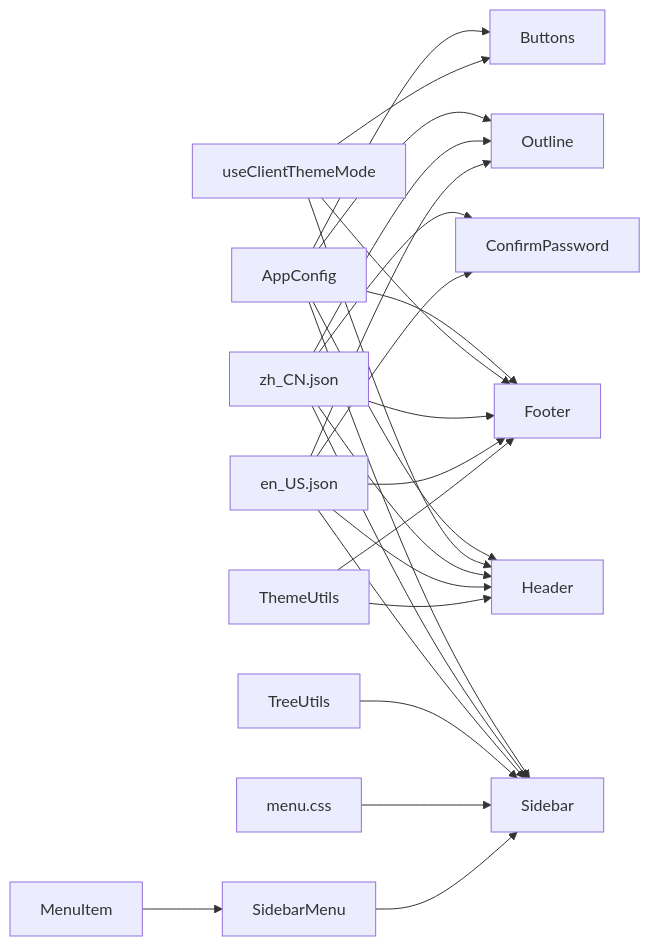
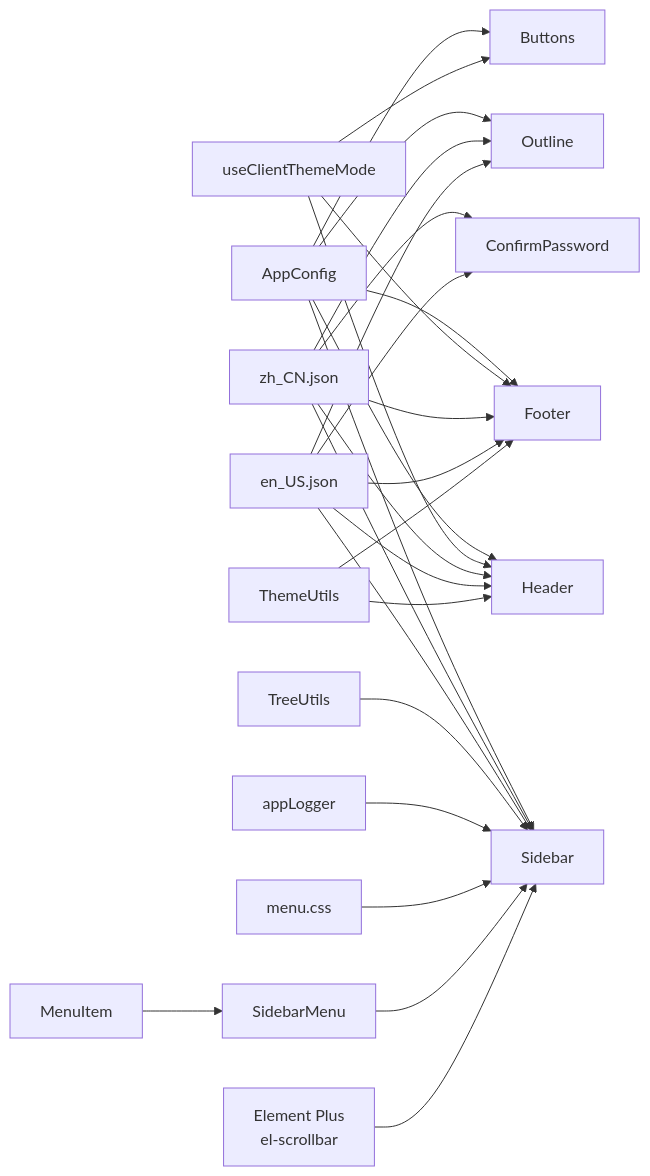
Before and after one commit to terwer/siyuan-plugin-blog: diagram 11 of 11 in .qoder/repowiki/zh/content/核心功能/UI 组件系统/UI 组件系统.md, drawn with Mermaid. The commit also changed other lines of this file and 2 other files, not shown here.

````diff
--- a/.qoder/repowiki/zh/content/核心功能/UI 组件系统/UI 组件系统.md
+++ b/.qoder/repowiki/zh/content/核心功能/UI 组件系统/UI 组件系统.md
@@ -510,27 +605,29 @@
 ```mermaid
 graph LR
 AC["AppConfig"] --> H["Header"]
 AC --> F["Footer"]
 AC --> S["Sidebar"]
 AC --> O["Outline"]
 AC --> B["Buttons"]
 TM["useClientThemeMode"] --> H
 TM --> F
 TM --> B
 ZH["zh_CN.json"] --> H
 ZH --> F
 ZH --> S
 ZH --> O
 ZH --> CP["ConfirmPassword"]
 EN["en_US.json"] --> H
 EN --> F
 EN --> S
 EN --> O
 EN --> CP
 TU["ThemeUtils"] --> H
 TU --> F
 TR["TreeUtils"] --> S
+AL["appLogger"] --> S
 MCSS["menu.css"] --> S
 SM["SidebarMenu"] --> S
 MI["MenuItem"] --> SM
+ES["Element Plus<br/>el-scrollbar"] --> S
 ```
````
